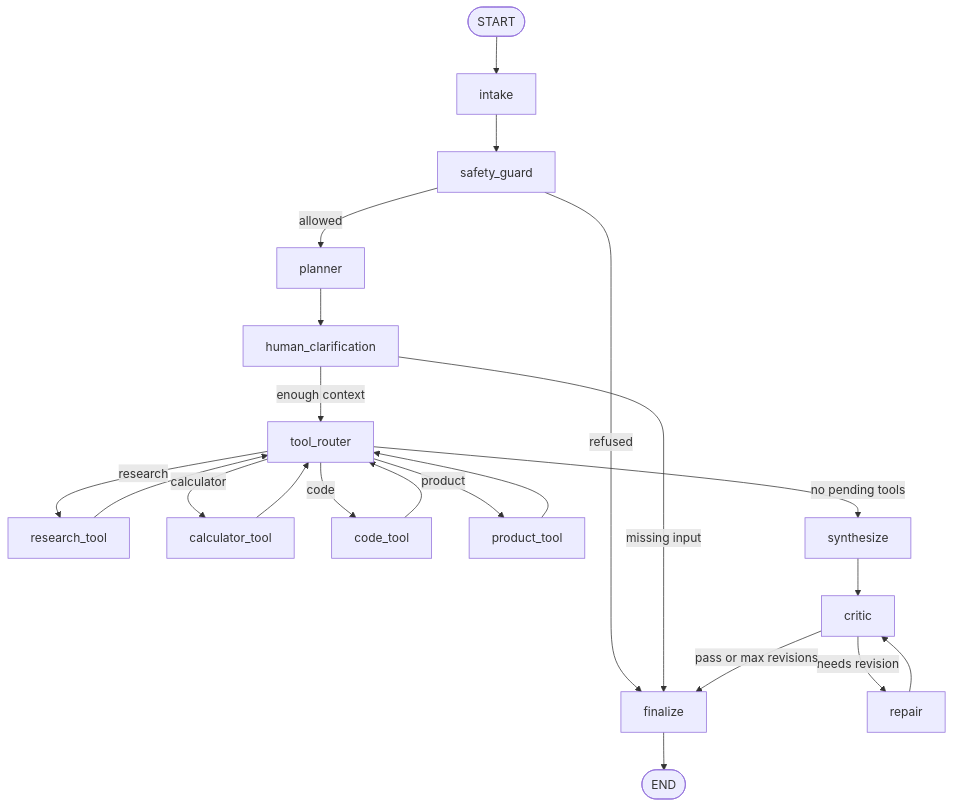
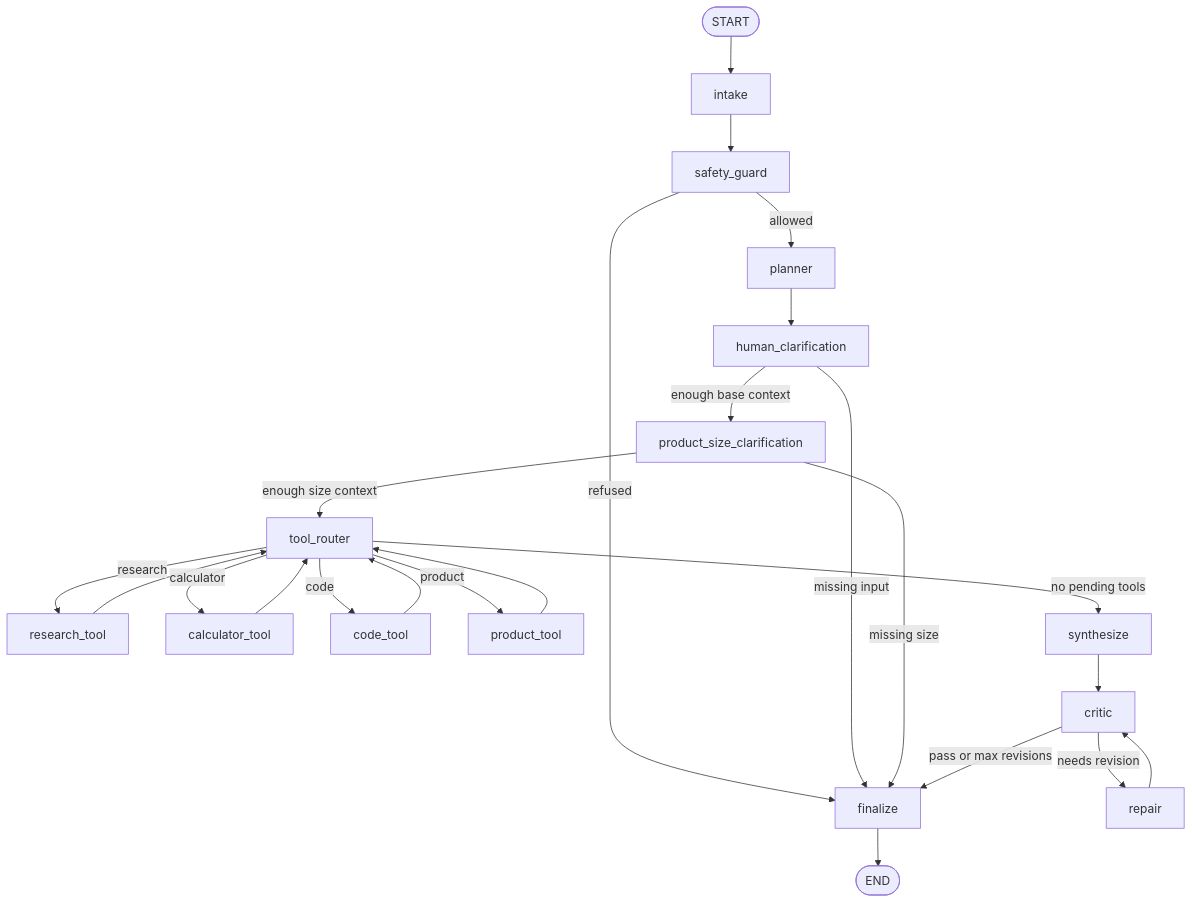
The diagram in docs/NODES_AND_EDGES.md (theasadse/fastapi-with-langgraph), drawn with Mermaid before and after one commit. The commit also changed other lines of this file and 8 other files, not shown here.

````diff
--- a/docs/NODES_AND_EDGES.md
+++ b/docs/NODES_AND_EDGES.md
@@ -8,24 +8,26 @@
 ```mermaid
 flowchart TD
     START([START]) --> intake
     intake --> safety_guard
     safety_guard -- allowed --> planner
     safety_guard -- refused --> finalize
     planner --> human_clarification
     human_clarification -- missing input --> finalize
-    human_clarification -- enough context --> tool_router
+    human_clarification -- enough base context --> product_size_clarification
+    product_size_clarification -- missing size --> finalize
+    product_size_clarification -- enough size context --> tool_router
     tool_router -- research --> research_tool
     tool_router -- calculator --> calculator_tool
     tool_router -- code --> code_tool
     tool_router -- product --> product_tool
     tool_router -- no pending tools --> synthesize
     research_tool --> tool_router
     calculator_tool --> tool_router
     code_tool --> tool_router
     product_tool --> tool_router
     synthesize --> critic
     critic -- needs revision --> repair
     repair --> critic
     critic -- pass or max revisions --> finalize
     finalize --> END([END])
 ```
````
